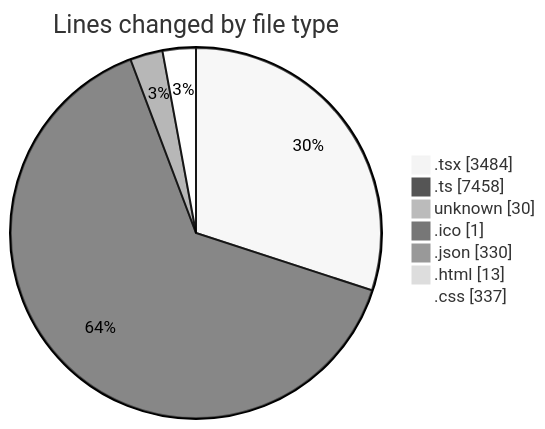
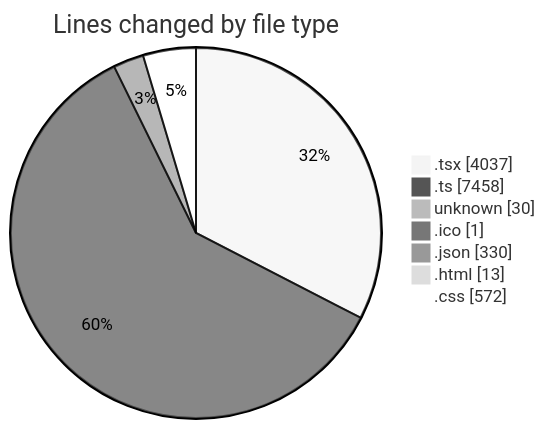
One commit to JenPaints/code-tracking changed the first of 2 diagrams in 2025-06-20/modeljsondesigner/README.md. Above: the diagram before and after it, drawn with Mermaid (neutral theme). The commit also changed other lines of this file and 1 other file, not shown here.

````diff
--- a/2025-06-20/modeljsondesigner/README.md
+++ b/2025-06-20/modeljsondesigner/README.md
@@ -41,11 +41,11 @@
 ```mermaid
 pie showData
 title Lines changed by file type
-".tsx" : 3484
+".tsx" : 4037
 ".ts" : 7458
 "unknown" : 30
 ".ico" : 1
 ".json" : 330
 ".html" : 13
-".css" : 337
+".css" : 572
 ```
````
